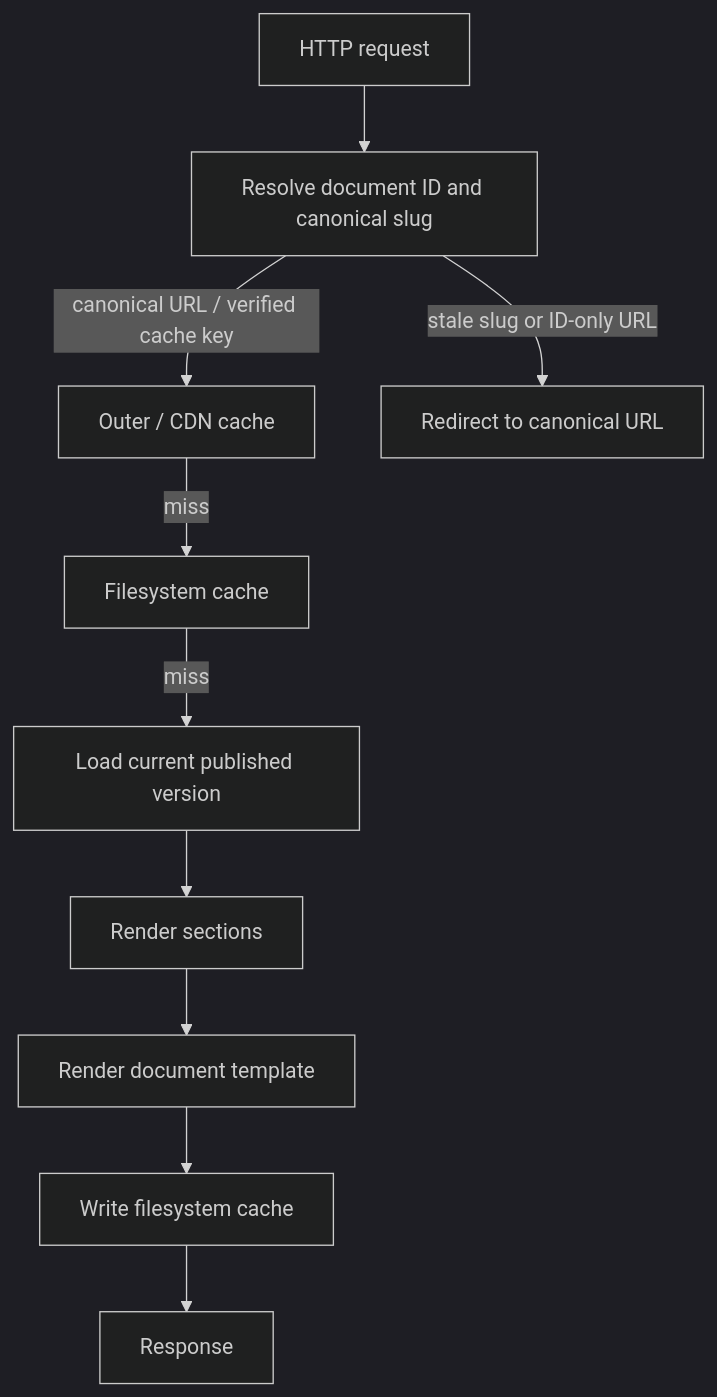
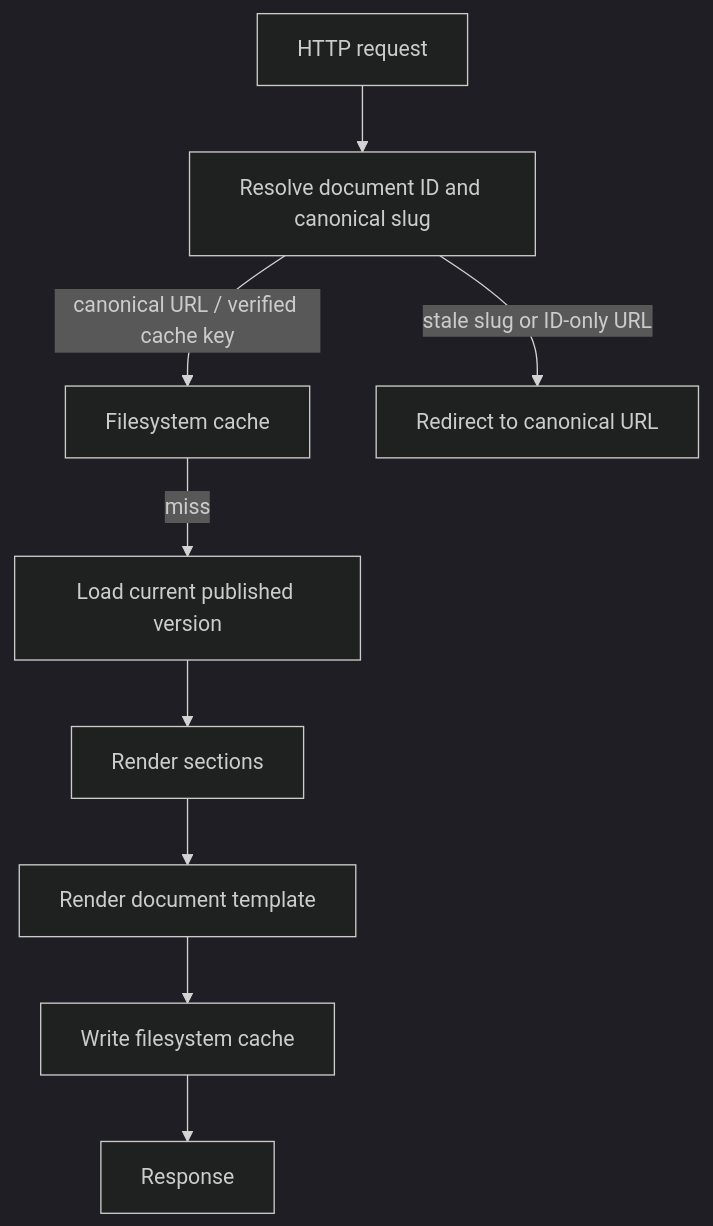
The first of 6 diagrams in docs/design/rendering.md (Natoandro/verso), drawn with Mermaid (dark theme) before and after one commit. The commit also changed other lines of this file and 7 other files, not shown here.

````diff
--- a/docs/design/rendering.md
+++ b/docs/design/rendering.md
@@ -15,12 +15,11 @@
 ```mermaid
 flowchart TB
     request["HTTP request"] --> resolve["Resolve document ID and canonical slug"]
-    resolve -->|canonical URL / verified cache key| cdn["Outer / CDN cache"]
+    resolve -->|canonical URL / verified cache key| cache["Filesystem cache"]
     resolve -->|stale slug or ID-only URL| redirect["Redirect to canonical URL"]
-    cdn -->|miss| cache["Filesystem cache"]
     cache -->|miss| load["Load current published version"]
     load --> render["Render sections"]
     render --> template["Render document template"]
     template --> write["Write filesystem cache"]
     write --> response["Response"]
 ```
````
